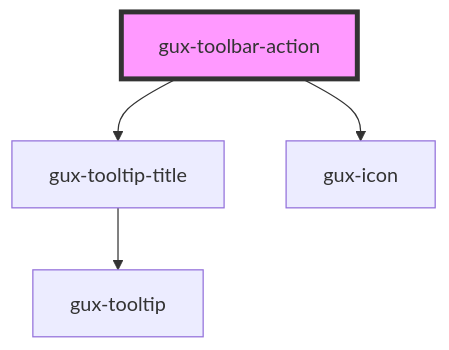
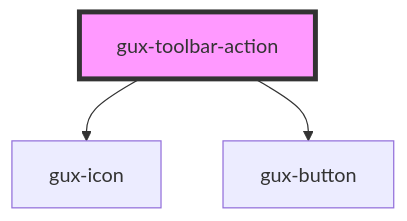
One commit to ouyuxuan/genesys-webcomponents changed the diagram in src/components/beta/gux-toolbar/gux-toolbar-action/readme.md. Above: the diagram before and after it, drawn with Mermaid. The commit also changed other lines of this file and 5 other files, not shown here.

````diff
--- a/src/components/beta/gux-toolbar/gux-toolbar-action/readme.md
+++ b/src/components/beta/gux-toolbar/gux-toolbar-action/readme.md
@@ -57,7 +37,6 @@
 ```mermaid
 graph TD;
-  gux-toolbar-action --> gux-tooltip-title
   gux-toolbar-action --> gux-icon
-  gux-tooltip-title --> gux-tooltip
+  gux-toolbar-action --> gux-button
   style gux-toolbar-action fill:#f9f,stroke:#333,stroke-width:4px
 ```
````
